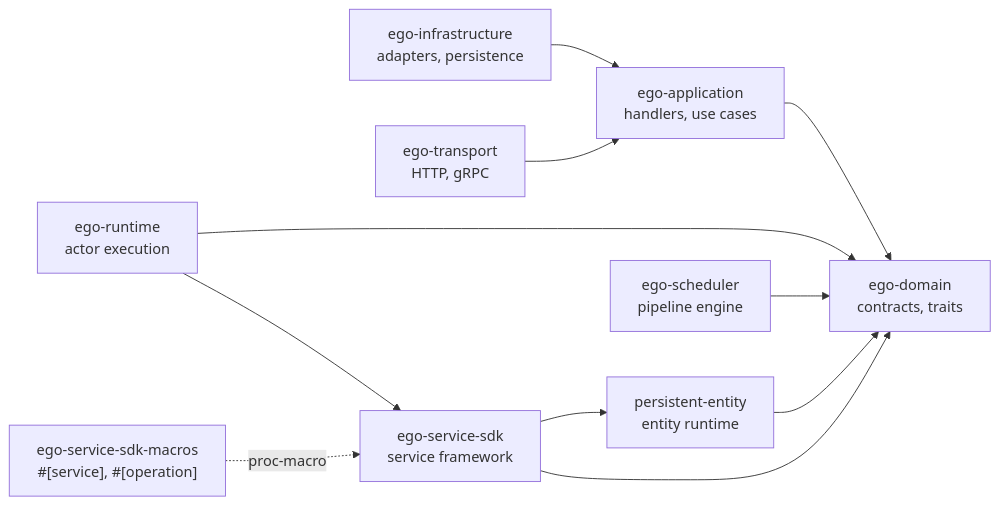
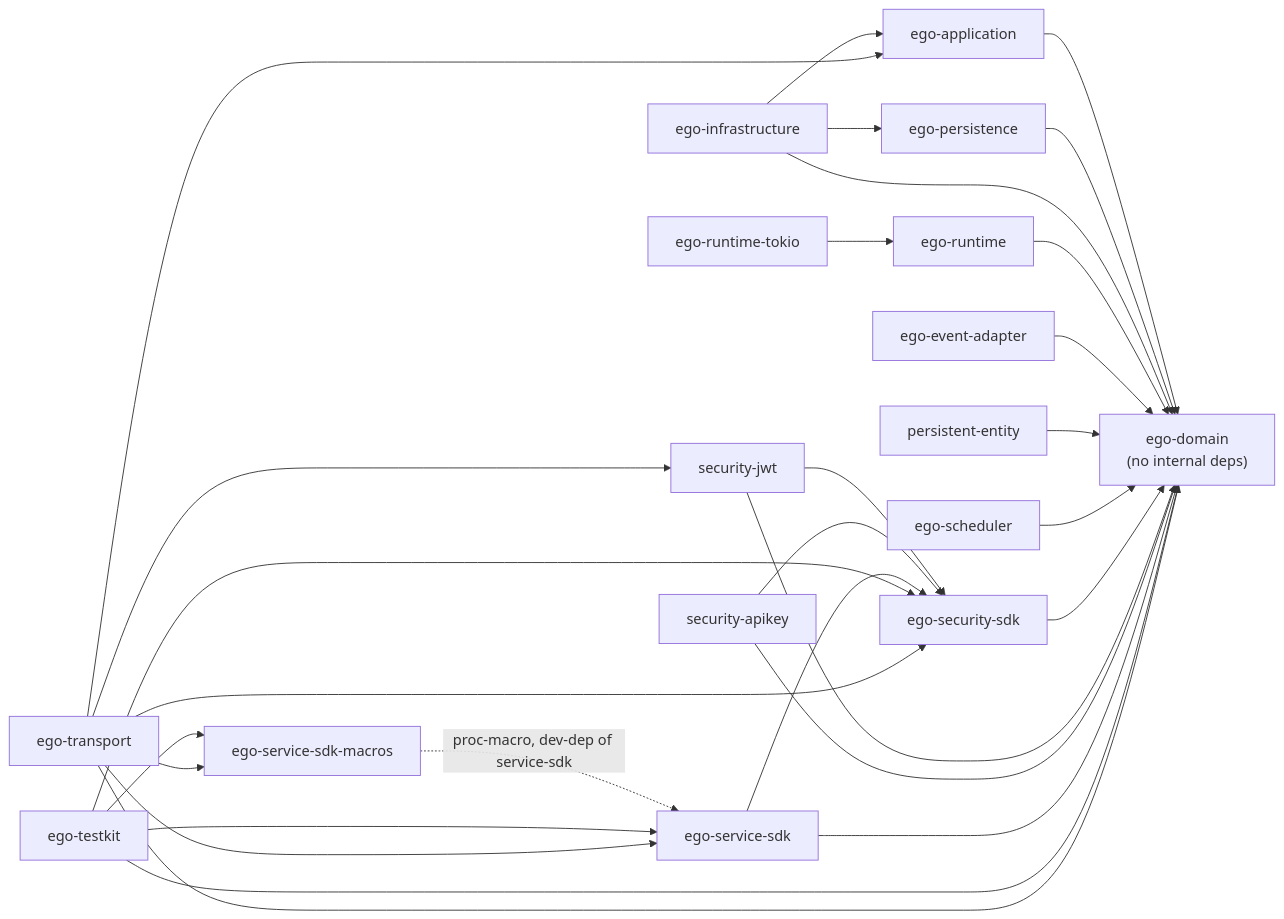
Before and after one commit to pablogore/ego-rs: the second of 11 diagrams in COOKBOOK.md, drawn with Mermaid. The commit also changed other lines of this file, not shown here.

````diff
--- a/COOKBOOK.md
+++ b/COOKBOOK.md
@@ -60,13 +101,38 @@
 ```mermaid
 flowchart LR
-    infra["ego-infrastructure<br/>adapters, persistence"] --> app["ego-application<br/>handlers, use cases"]
-    transport["ego-transport<br/>HTTP, gRPC"] --> app
-    app --> domain["ego-domain<br/>contracts, traits"]
-    runtime["ego-runtime<br/>actor execution"] --> domain
-    scheduler["ego-scheduler<br/>pipeline engine"] --> domain
-    psentity["persistent-entity<br/>entity runtime"] --> domain
-    sdk["ego-service-sdk<br/>service framework"] --> domain
-    sdk --> psentity
-    runtime --> sdk
-    macos["ego-service-sdk-macros<br/>#[service], #[operation]"] -.->|proc-macro| sdk
+    domain["ego-domain<br/>(no internal deps)"]
+
+    application["ego-application"] --> domain
+    persistence["ego-persistence"] --> domain
+    infrastructure["ego-infrastructure"] --> application
+    infrastructure --> persistence
+    infrastructure --> domain
+
+    runtime["ego-runtime"] --> domain
+    runtime_tokio["ego-runtime-tokio"] --> runtime
+    event_adapter["ego-event-adapter"] --> domain
+    persistent_entity["persistent-entity"] --> domain
+    scheduler["ego-scheduler"] --> domain
+
+    security_sdk["ego-security-sdk"] --> domain
+    security_jwt["security-jwt"] --> security_sdk
+    security_jwt --> domain
+    security_apikey["security-apikey"] --> security_sdk
+    security_apikey --> domain
+
+    service_sdk["ego-service-sdk"] --> domain
+    service_sdk --> security_sdk
+    macros["ego-service-sdk-macros"] -.->|proc-macro, dev-dep of service-sdk| service_sdk
+
+    testkit["ego-testkit"] --> domain
+    testkit --> security_sdk
+    testkit --> service_sdk
+    testkit --> macros
+
+    transport["ego-transport"] --> domain
+    transport --> application
+    transport --> service_sdk
+    transport --> security_sdk
+    transport --> security_jwt
+    transport --> macros
 ```
````
